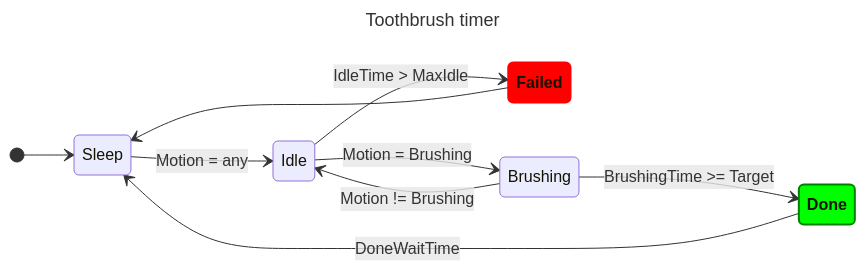
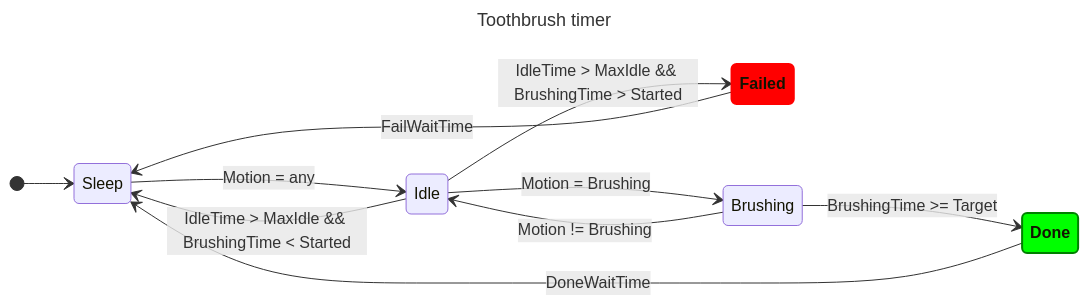
Before and after one commit to jonnor/embeddedml: the diagram in projects/dollar_tinyml/applications/toothbrushing/states.mermaid, drawn with Mermaid. The commit also changed 2 other files, not shown here.

Commit message:
toothbrush: Allow return to sleep without fail

```diff
--- a/projects/dollar_tinyml/applications/toothbrushing/states.mermaid
+++ b/projects/dollar_tinyml/applications/toothbrushing/states.mermaid
@@ -1,22 +1,22 @@
 ---
 title: Toothbrush timer
 config:
   layout: dagre
 ---
 stateDiagram-v2
     %direction LR
     classDef success fill:#0f0,font-weight:bold,stroke-width:2px,stroke:green
     classDef fail fill:#f00,font-weight:bold,stroke-width:2px,stroke:red
 
     [*] --> Sleep
     Sleep --> Idle : Motion = any
 
-    %% Failed:::fail --> Idle
-    Idle --> Failed:::fail : IdleTime > MaxIdle
-    Failed --> Sleep
+    Idle --> Sleep : IdleTime > MaxIdle && BrushingTime < Started
+    Idle --> Failed:::fail : IdleTime > MaxIdle && BrushingTime > Started
+    Failed --> Sleep : FailWaitTime
 
     Done:::success --> Sleep : DoneWaitTime
 
     Idle --> Brushing : Motion = Brushing
     Brushing --> Idle : Motion != Brushing
     Brushing --> Done : BrushingTime >= Target
```
